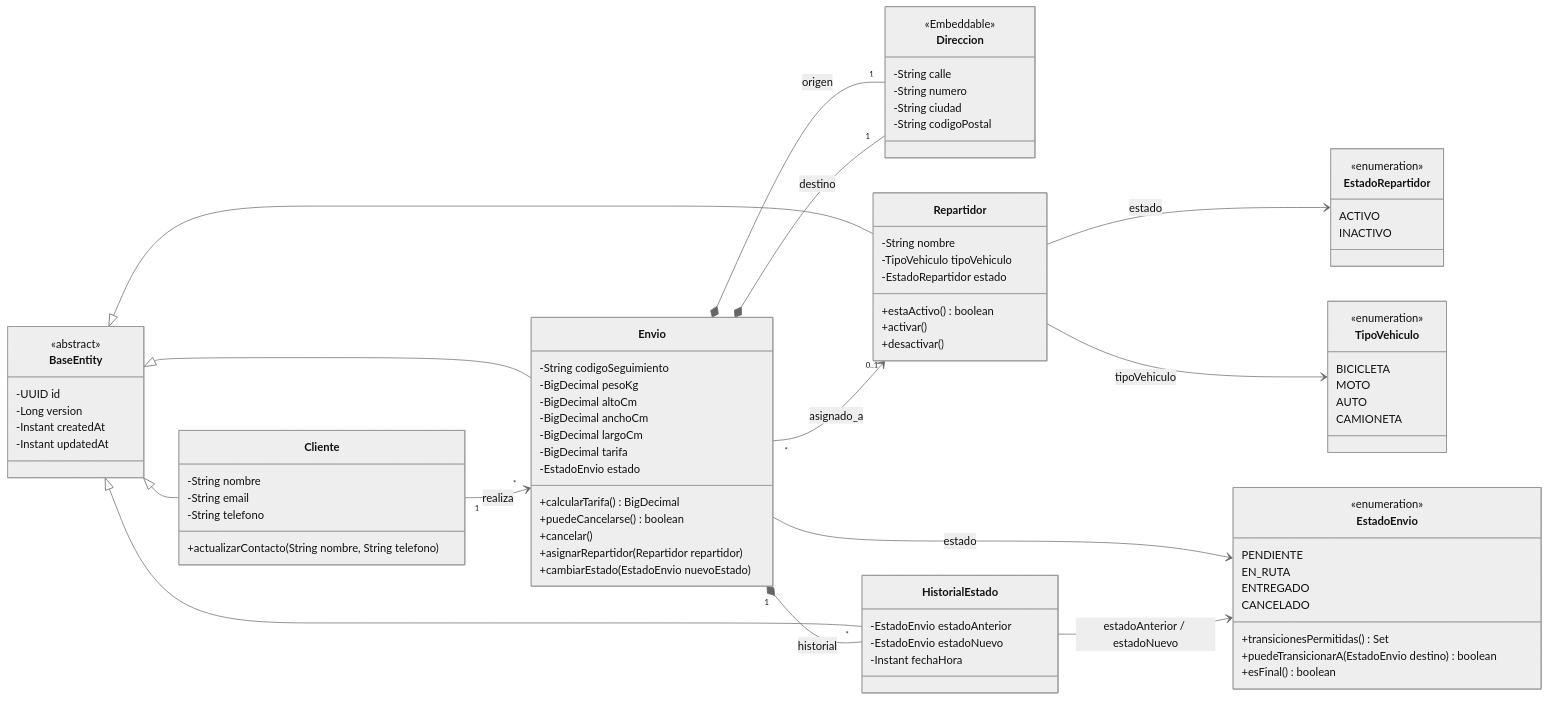
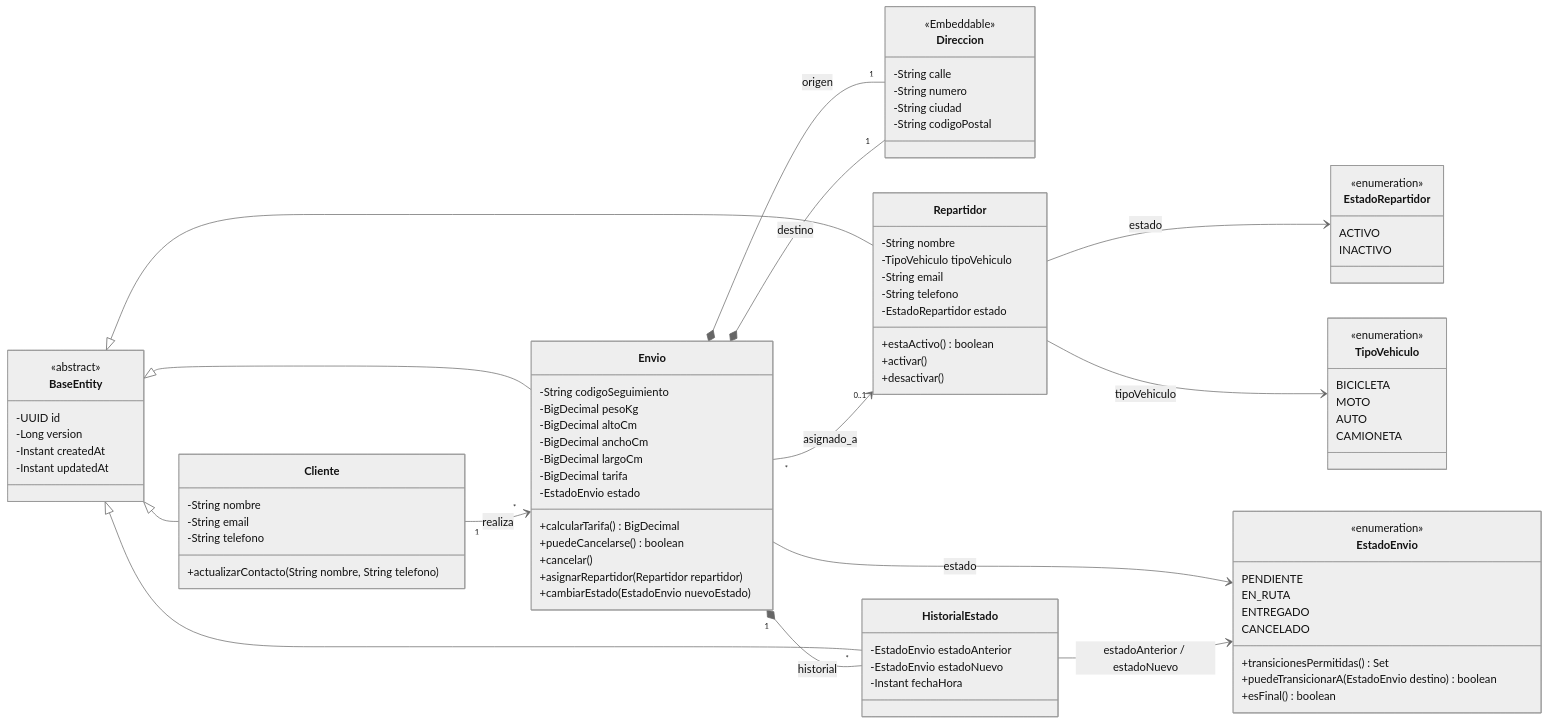
One commit to maxiacostag-cloud/daas-proyecto-final changed the diagram in README.md. Above: the diagram before and after it, drawn with Mermaid (neutral theme). The commit also changed other lines of this file and 44 other files, not shown here.

```diff
--- a/README.md
+++ b/README.md
@@ -66,6 +66,8 @@
     class Repartidor {
         -String nombre
         -TipoVehiculo tipoVehiculo
+        -String email
+        -String telefono
         -EstadoRepartidor estado
         +estaActivo() boolean
         +activar()
```
